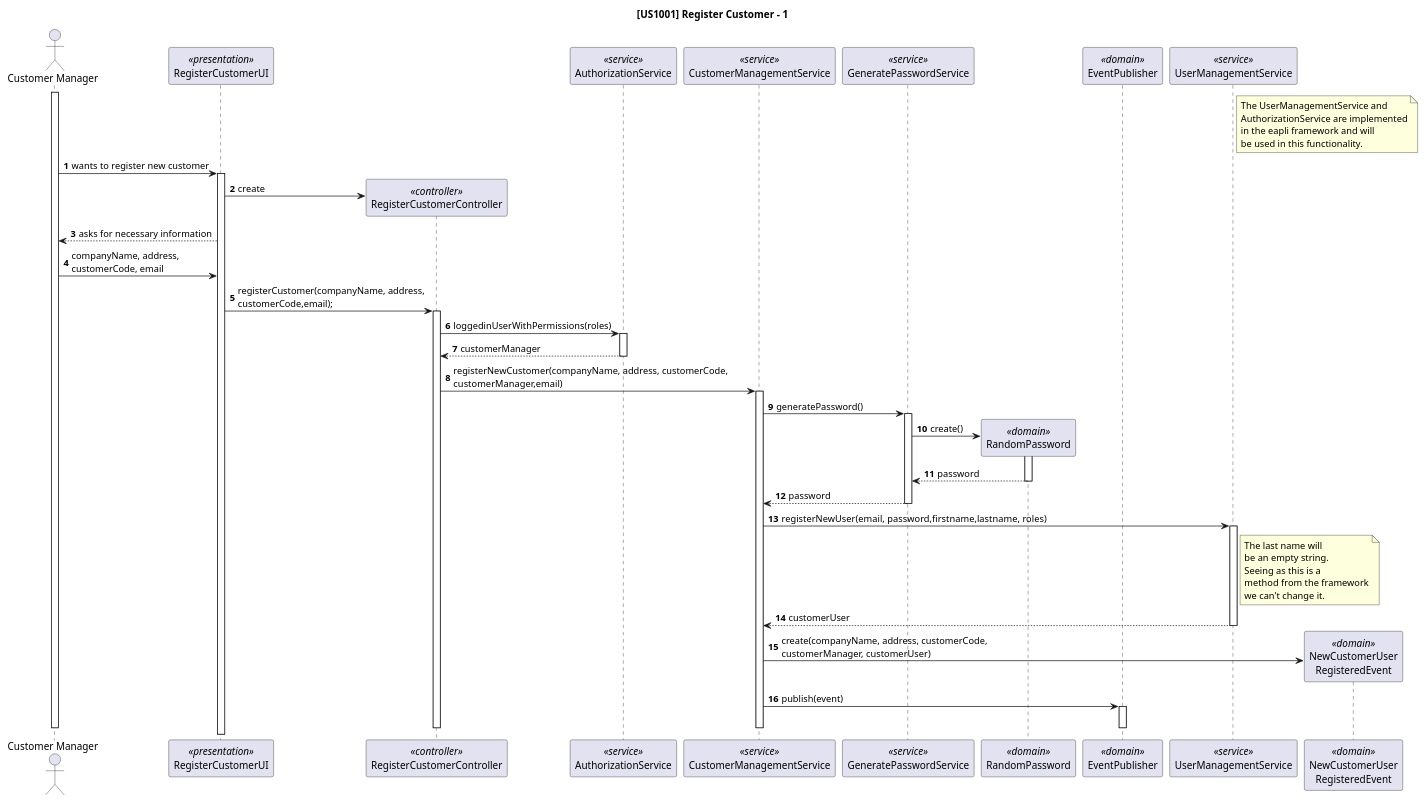
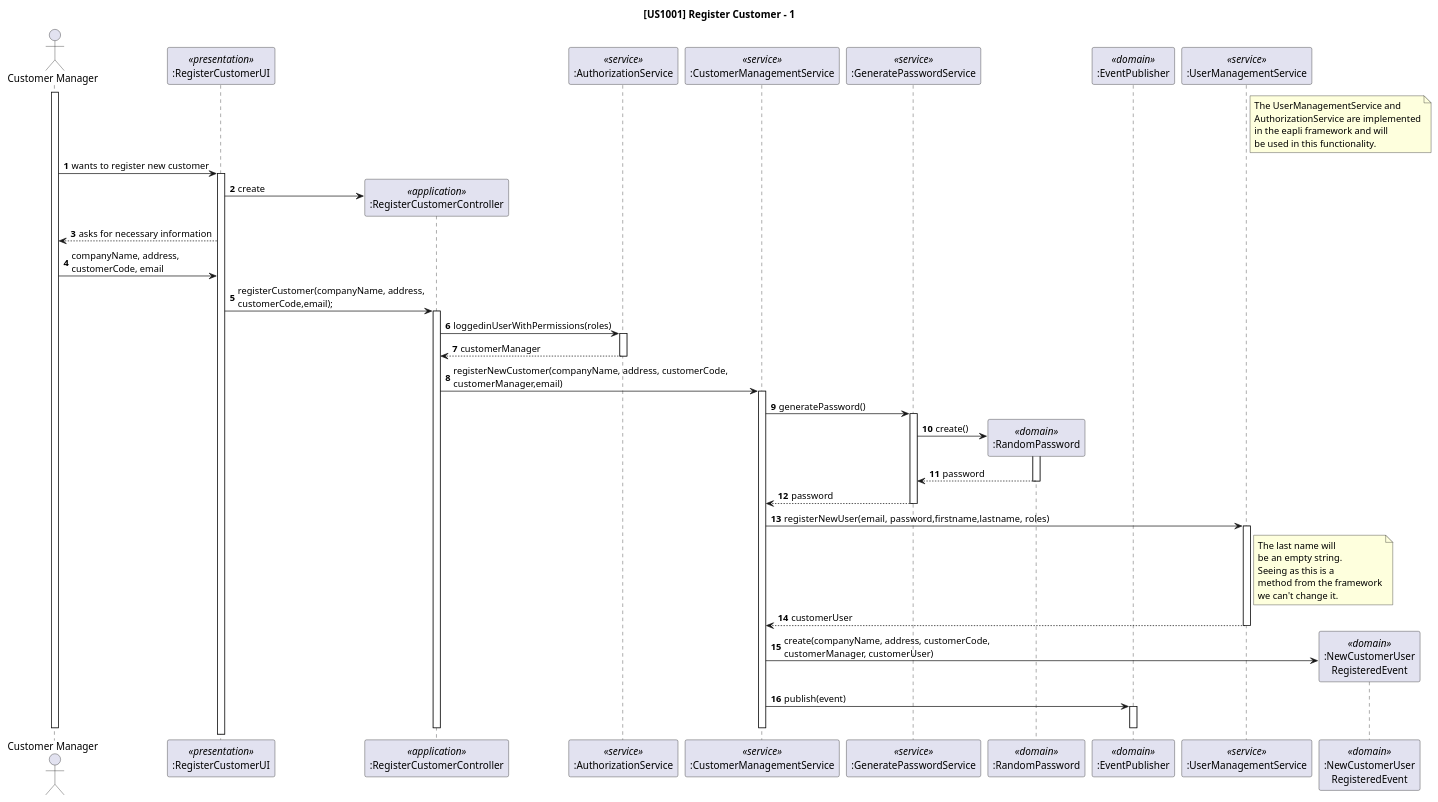
The diagram in docs/sb_us_1001/sequence-diagram-register-customer.puml (rita-barbosa/LAPR4-2324), drawn with PlantUML before and after one commit. The commit also changed 15 other files, not shown here.

Commit message:
docs: corrects participants declaration in sequence diagrams of us's 1000, 1001, 1009 and g007. [#116]

```diff
--- a/docs/sb_us_1001/sequence-diagram-register-customer.puml
+++ b/docs/sb_us_1001/sequence-diagram-register-customer.puml
@@ -1,98 +1,98 @@
 @startuml
 autonumber
 
 title [US1001] Register Customer - 1
 
 actor "Customer Manager" as USER
 
-participant "RegisterCustomerUI" as UI <<presentation>>
-participant "RegisterCustomerController" as CTRL <<controller>>
-participant "AuthorizationService" as AUTHZ <<service>>
-participant "CustomerManagementService" as EMS <<service>>
-participant "GeneratePasswordService" as GPS <<service>>
-participant "RandomPassword" as PG <<domain>>
-participant "EventPublisher" as EP <<domain>>
-participant "UserManagementService" as UMS <<service>>
-participant "NewCustomerUser\nRegisteredEvent" as EVENT <<domain>>
+participant ":RegisterCustomerUI" as UI <<presentation>>
+participant ":RegisterCustomerController" as CTRL <<application>>
+participant ":AuthorizationService" as AUTHZ <<service>>
+participant ":CustomerManagementService" as EMS <<service>>
+participant ":GeneratePasswordService" as GPS <<service>>
+participant ":RandomPassword" as PG <<domain>>
+participant ":EventPublisher" as EP <<domain>>
+participant ":UserManagementService" as UMS <<service>>
+participant ":NewCustomerUser\nRegisteredEvent" as EVENT <<domain>>
 
 
 
 
 note right UMS
 The UserManagementService and
 AuthorizationService are implemented
 in the eapli framework and will
 be used in this functionality.
 end note
 
 activate USER
 
 USER -> UI: wants to register new customer
 activate UI
 
 UI -> CTRL**: create
 
 
 
 UI --> USER: asks for necessary information
 
 
 USER -> UI: companyName, address,\ncustomerCode, email
 UI -> CTRL: registerCustomer(companyName, address,\ncustomerCode,email);
 activate CTRL
 
 
 
 CTRL -> AUTHZ:  loggedinUserWithPermissions(roles)
 activate AUTHZ
 
 AUTHZ --> CTRL:  customerManager
 deactivate AUTHZ
 
 CTRL -> EMS: registerNewCustomer(companyName, address, customerCode,\ncustomerManager,email)
 activate EMS
 
 EMS -> GPS: generatePassword()
 activate GPS
 
 GPS -> PG**: create()
 activate PG
 
 PG --> GPS: password
 deactivate PG
 
 GPS --> EMS: password
 deactivate GPS
 
 EMS -> UMS: registerNewUser(email, password,firstname,lastname,  roles)
             activate UMS
 
 note right of UMS
 The last name will
 be an empty string.
 Seeing as this is a
 method from the framework
 we can't change it.
 end note
 
 UMS --> EMS: customerUser
 deactivate UMS
 
 
 
 EMS -> EVENT**: create(companyName, address, customerCode,\ncustomerManager, customerUser)
 
 EMS -> EP : publish(event)
 activate EP
 
 deactivate EP
 
 deactivate EMS
 
 
 deactivate CTRL
 
 
 deactivate USER
 
 @enduml
```
